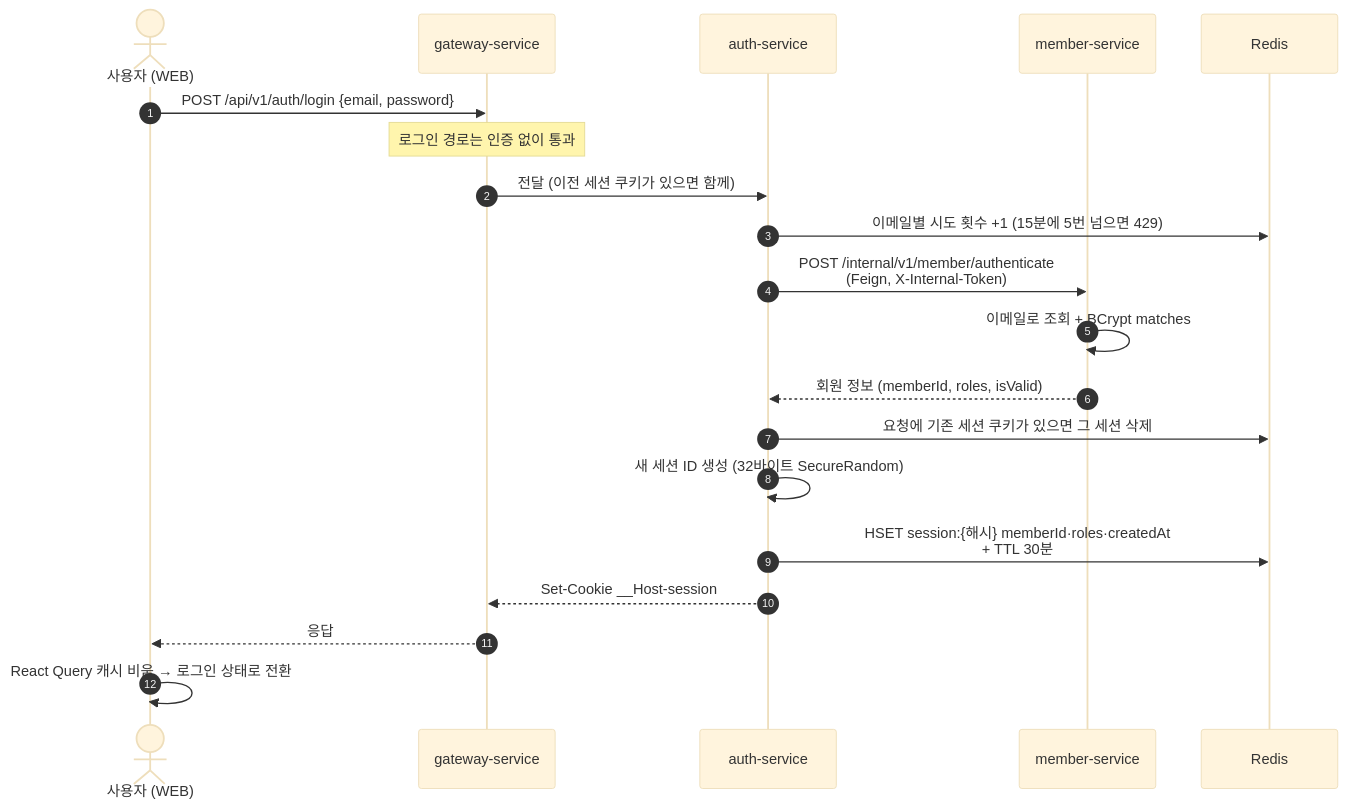
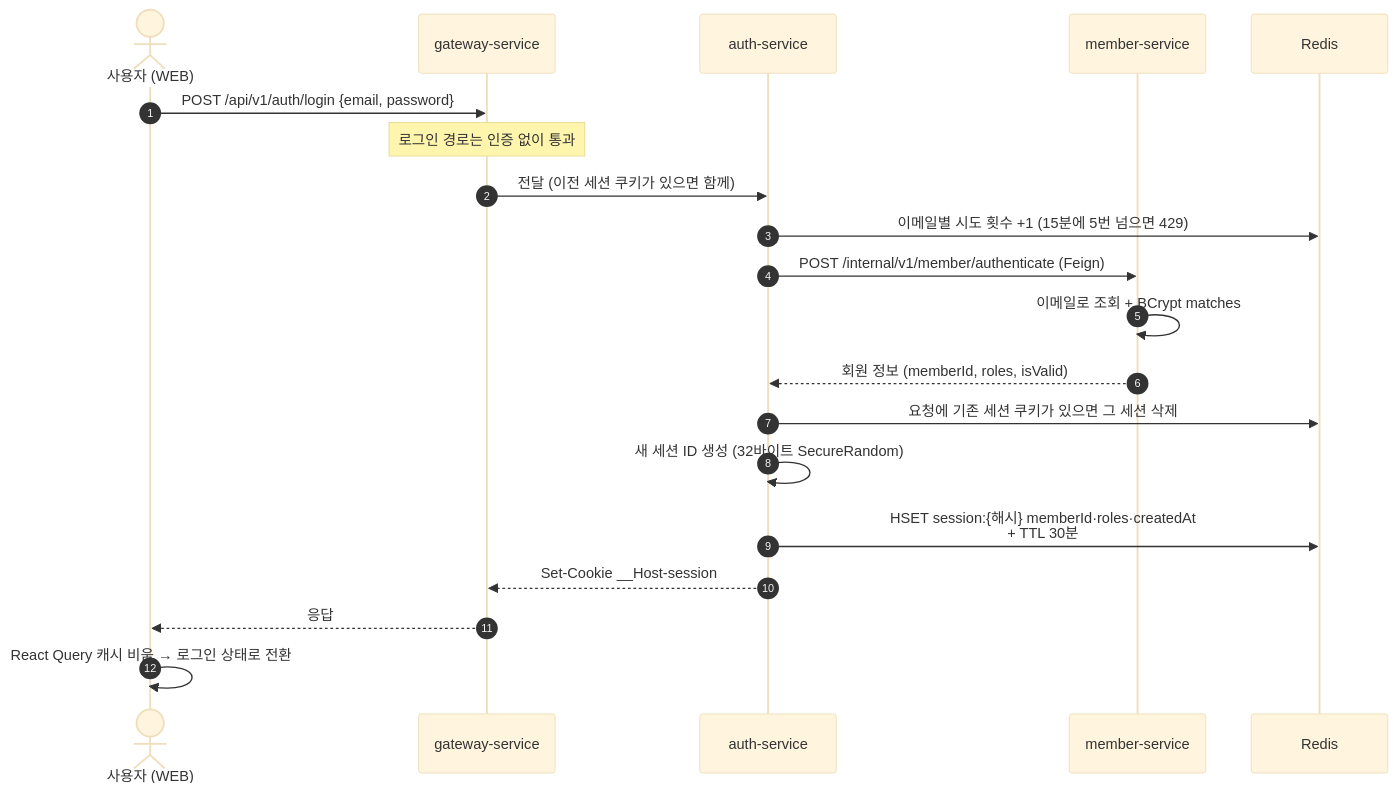
One commit to rivertw777/ModuDrive-API changed the first of 3 diagrams in .docs/spec/004-auth-spec.md. Above: the diagram before and after it, drawn with Mermaid (base theme). The commit also changed other lines of this file and 29 other files, not shown here.

First line of the commit message:
refactor: remove the shared internal service token

````diff
--- a/.docs/spec/004-auth-spec.md
+++ b/.docs/spec/004-auth-spec.md
@@ -88,23 +87,23 @@
 ```mermaid
 sequenceDiagram
     autonumber
     actor U as 사용자 (WEB)
     participant G as gateway-service
     participant A as auth-service
     participant M as member-service
     participant R as Redis
 
     U->>G: POST /api/v1/auth/login {email, password}
     Note over G: 로그인 경로는 인증 없이 통과
     G->>A: 전달 (이전 세션 쿠키가 있으면 함께)
     A->>R: 이메일별 시도 횟수 +1 (15분에 5번 넘으면 429)
-    A->>M: POST /internal/v1/member/authenticate<br/>(Feign, X-Internal-Token)
+    A->>M: POST /internal/v1/member/authenticate (Feign)
     M->>M: 이메일로 조회 + BCrypt matches
     M-->>A: 회원 정보 (memberId, roles, isValid)
     A->>R: 요청에 기존 세션 쿠키가 있으면 그 세션 삭제
     A->>A: 새 세션 ID 생성 (32바이트 SecureRandom)
     A->>R: HSET session:{해시} memberId·roles·createdAt<br/>+ TTL 30분
     A-->>G: Set-Cookie __Host-session
     G-->>U: 응답
     U->>U: React Query 캐시 비움 → 로그인 상태로 전환
 ```
````
